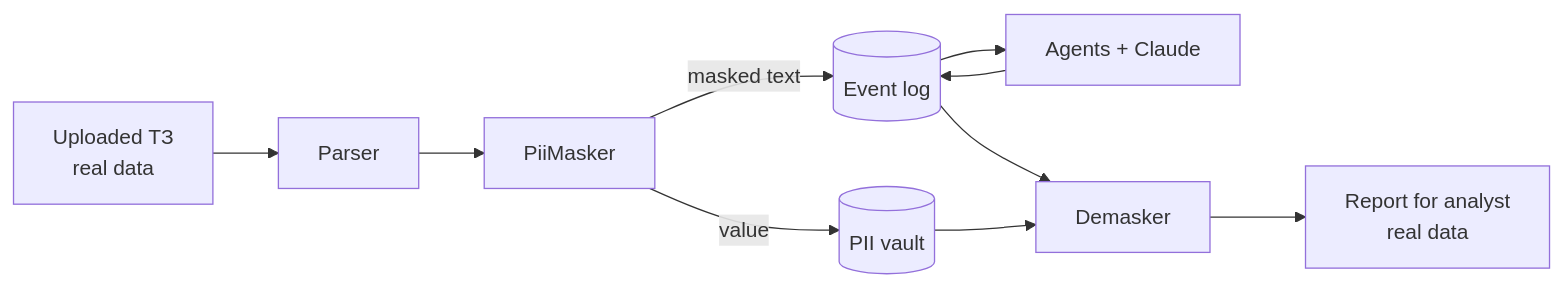
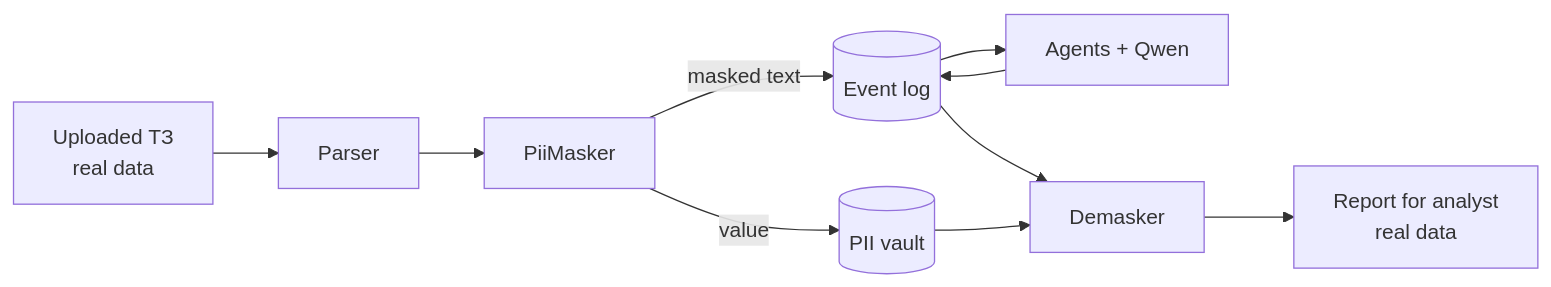
The diagram in doc1/pii-and-security.md (Raimbek-pro/SpecAgent), drawn with Mermaid before and after one commit. The commit also changed other lines of this file and 10 other files, not shown here.

````diff
--- a/doc1/pii-and-security.md
+++ b/doc1/pii-and-security.md
@@ -12,10 +12,10 @@
 ```mermaid
 flowchart LR
     U[Uploaded ТЗ<br/>real data] --> P[Parser] --> M[PiiMasker]
     M -->|value| V[(PII vault)]
     M -->|masked text| L[(Event log)]
-    L --> A[Agents + Claude]
+    L --> A[Agents + Qwen]
     A --> L
     L --> D[Demasker] --> R[Report for analyst<br/>real data]
     V --> D
 ```
````
